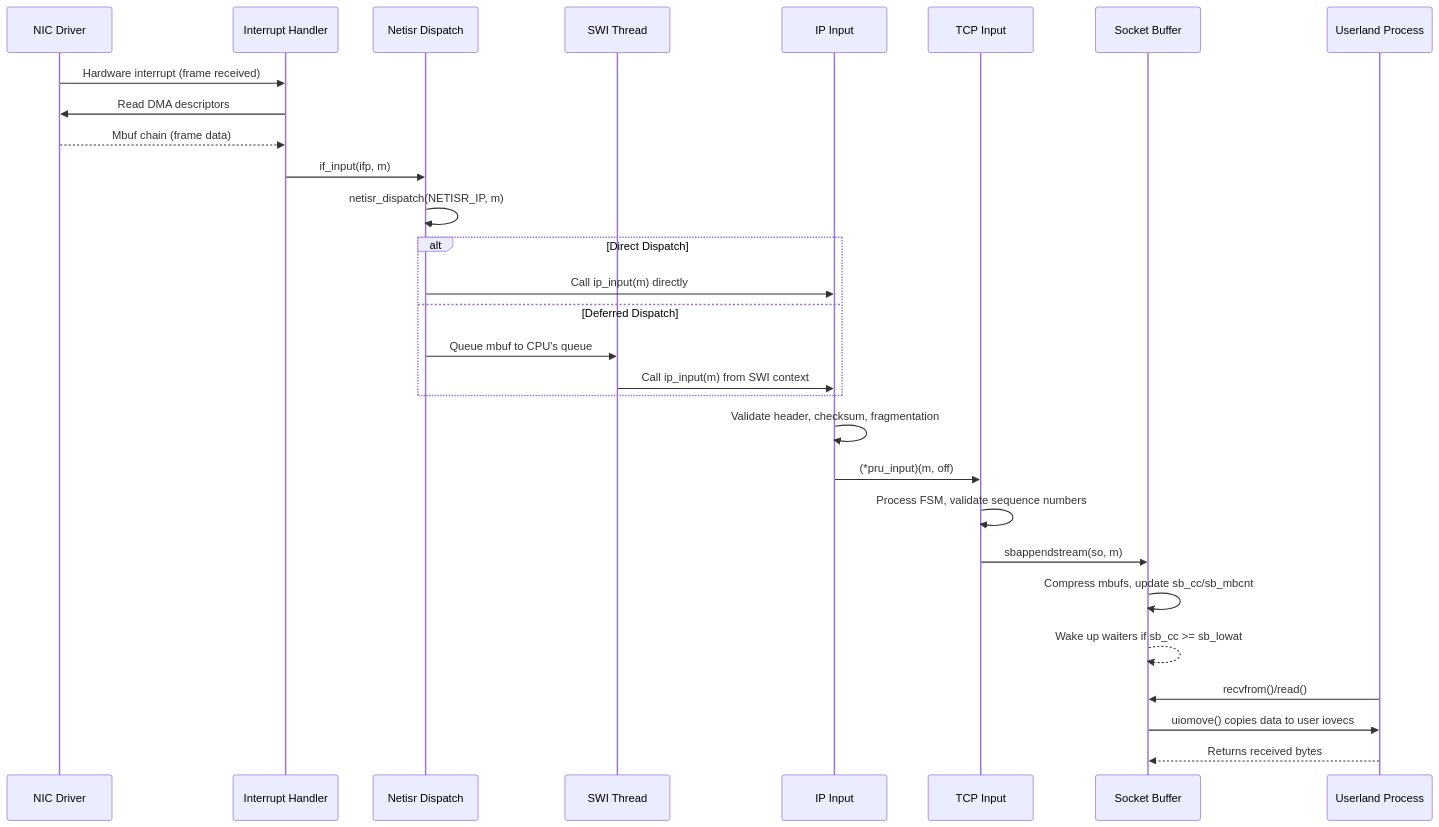
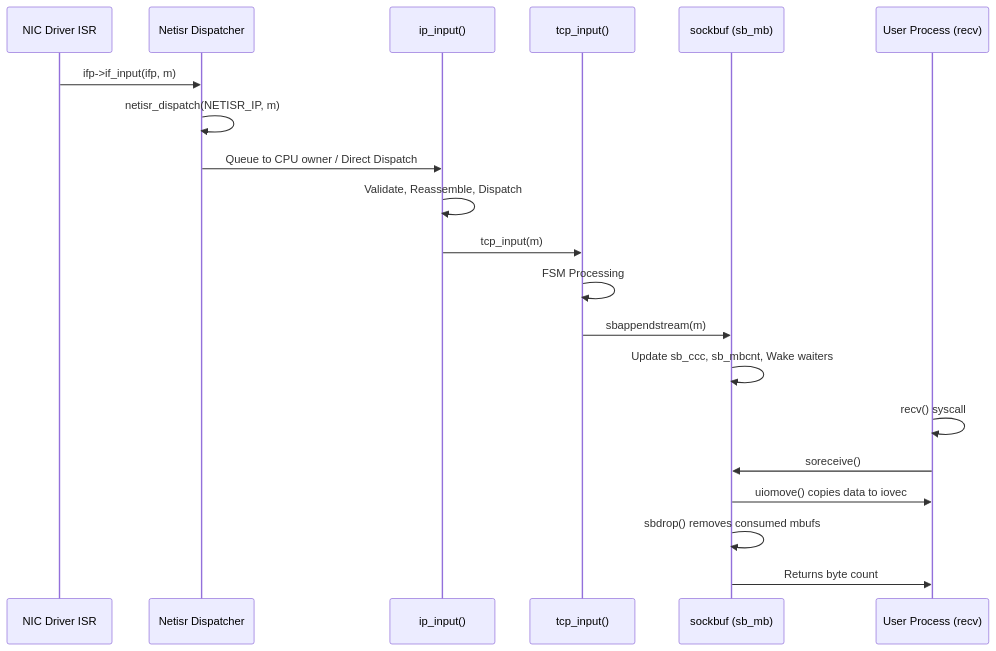
The diagram in sys/net/README.md (ocochard/freebsd-src), drawn with Mermaid before and after one commit. The commit also changed other lines of this file and 19 other files, not shown here.

````diff
--- a/sys/net/README.md
+++ b/sys/net/README.md
@@ -509,35 +135,23 @@
 ```mermaid
 sequenceDiagram
-    participant NIC as NIC Driver
-    participant ISR as Interrupt Handler
-    participant NetISR as Netisr Dispatch
-    participant SWI as SWI Thread
-    participant IP as IP Input
-    participant TCP as TCP Input
-    participant SB as Socket Buffer
-    participant User as Userland Process
+    participant NIC as NIC Driver ISR
+    participant NetISR as Netisr Dispatcher
+    participant IP as ip_input()
+    participant TCP as tcp_input()
+    participant SB as sockbuf (sb_mb)
+    participant User as User Process (recv)
 
-    NIC->>ISR: Hardware interrupt (frame received)
-    ISR->>NIC: Read DMA descriptors
-    NIC-->>ISR: Mbuf chain (frame data)
-    ISR->>NetISR: if_input(ifp, m)
+    NIC->>NetISR: ifp->if_input(ifp, m)
     NetISR->>NetISR: netisr_dispatch(NETISR_IP, m)
-
-    alt Direct Dispatch
-        NetISR->>IP: Call ip_input(m) directly
-    else Deferred Dispatch
-        NetISR->>SWI: Queue mbuf to CPU's queue
-        SWI->>IP: Call ip_input(m) from SWI context
-    end
-
-    IP->>IP: Validate header, checksum, fragmentation
-    IP->>TCP: (*pru_input)(m, off)
-    TCP->>TCP: Process FSM, validate sequence numbers
-    TCP->>SB: sbappendstream(so, m)
-    SB->>SB: Compress mbufs, update sb_cc/sb_mbcnt
-    SB-->>SB: Wake up waiters if sb_cc >= sb_lowat
-
-    User->>SB: recvfrom()/read()
-    SB->>User: uiomove() copies data to user iovecs
-    User-->>SB: Returns received bytes
+    NetISR->>IP: Queue to CPU owner / Direct Dispatch
+    IP->>IP: Validate, Reassemble, Dispatch
+    IP->>TCP: tcp_input(m)
+    TCP->>TCP: FSM Processing
+    TCP->>SB: sbappendstream(m)
+    SB->>SB: Update sb_ccc, sb_mbcnt, Wake waiters
+    User->>User: recv() syscall
+    User->>SB: soreceive()
+    SB->>User: uiomove() copies data to iovec
+    SB->>SB: sbdrop() removes consumed mbufs
+    SB->>User: Returns byte count
 ```
````
